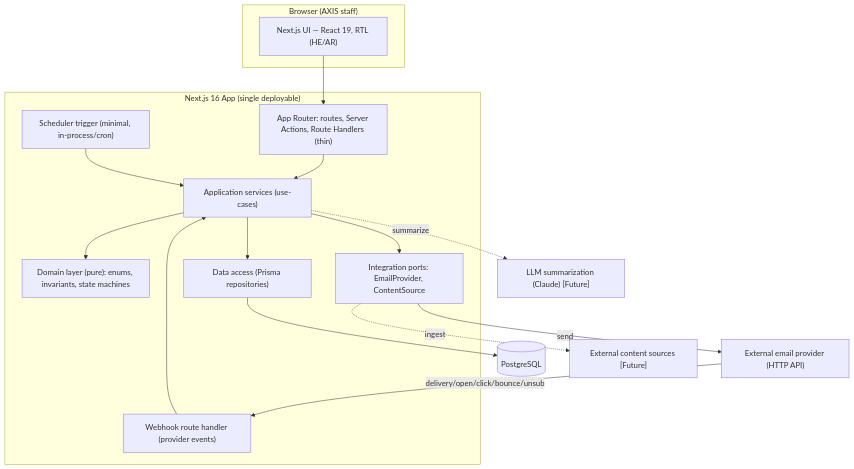
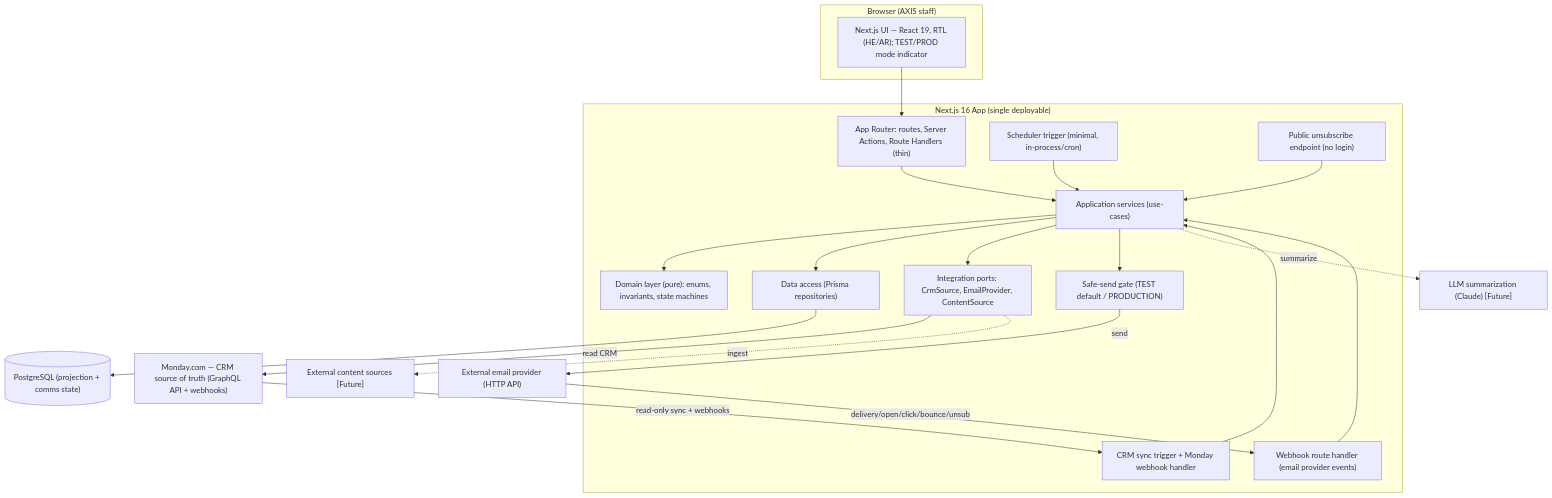
Before and after one commit to khaledAxis/AXIS-Customer-Communication-Platform: the first of 6 diagrams in docs/architecture.md, drawn with Mermaid. The commit also changed other lines of this file and 46 other files, not shown here.

````diff
--- a/docs/architecture.md
+++ b/docs/architecture.md
@@ -14,34 +14,43 @@
 ```mermaid
 flowchart TB
     subgraph Client["Browser (AXIS staff)"]
-        UI["Next.js UI — React 19, RTL (HE/AR)"]
+        UI["Next.js UI — React 19, RTL (HE/AR); TEST/PROD mode indicator"]
     end
 
     subgraph App["Next.js 16 App (single deployable)"]
         Routes["App Router: routes, Server Actions, Route Handlers (thin)"]
         Services["Application services (use-cases)"]
         Domain["Domain layer (pure): enums, invariants, state machines"]
         DB["Data access (Prisma repositories)"]
-        Ports["Integration ports: EmailProvider, ContentSource"]
+        Ports["Integration ports: CrmSource, EmailProvider, ContentSource"]
+        Sync["CRM sync trigger + Monday webhook handler"]
+        Gate["Safe-send gate (TEST default / PRODUCTION)"]
         Sched["Scheduler trigger (minimal, in-process/cron)"]
-        Webhooks["Webhook route handler (provider events)"]
+        Webhooks["Webhook route handler (email provider events)"]
+        Unsub["Public unsubscribe endpoint (no login)"]
     end
 
-    PG[("PostgreSQL")]
+    PG[("PostgreSQL (projection + comms state)")]
+    Monday["Monday.com — CRM source of truth (GraphQL API + webhooks)"]
     Email["External email provider (HTTP API)"]
     Ingest["External content sources [Future]"]
     AI["LLM summarization (Claude) [Future]"]
 
     UI --> Routes
     Routes --> Services
     Services --> Domain
     Services --> DB
     Services --> Ports
     DB --> PG
-    Ports -->|send| Email
+    Monday -->|read-only sync + webhooks| Sync
+    Sync --> Services
+    Ports -->|read CRM| Monday
+    Services --> Gate
+    Gate -->|send| Email
     Email -->|delivery/open/click/bounce/unsub| Webhooks
     Webhooks --> Services
+    Unsub --> Services
     Sched --> Services
     Ports -. ingest .-> Ingest
     Services -. summarize .-> AI
 ```
````
